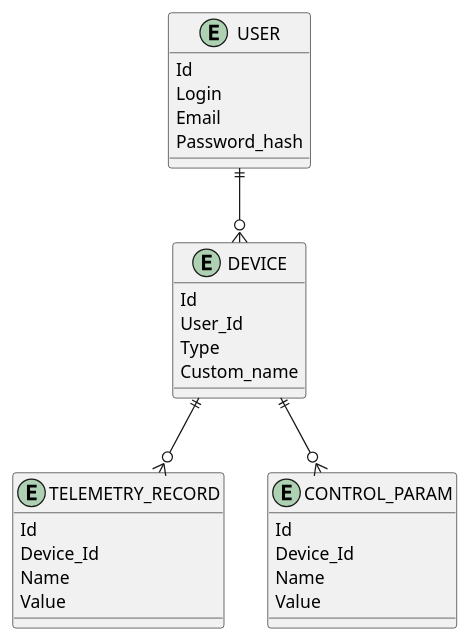
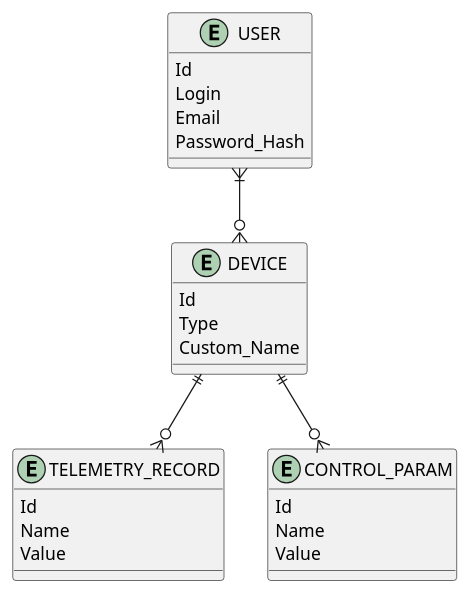
One commit to AlexanderNikitin/architecture-sprint-3 changed the diagram in new-er.puml. Above: the diagram before and after it, drawn with PlantUML. The commit also changed 4 other files, not shown here.

Commit message:
1. Добавлено описание домена существующей системы 2. В диаграмме кода добавлено связей 3. Исправлена ER-диаграмма: убраны технические поля сущностей, так как они дублировали информацию линий связи, изменен тип связи Пользователь-Устройство

```diff
--- a/new-er.puml
+++ b/new-er.puml
@@ -1,35 +1,32 @@
 @startuml
 
 entity USER {
     Id
     Login
     Email
-    Password_hash
+    Password_Hash
 }
 
 entity DEVICE {
     Id
-    User_Id
     Type
-    Custom_name
+    Custom_Name
 }
 
 entity TELEMETRY_RECORD {
     Id
-    Device_Id
     Name
     Value
 }
 
 entity CONTROL_PARAM {
     Id
-    Device_Id
     Name
     Value
 }
 
-USER ||--o{ DEVICE
+USER }|--o{ DEVICE
 DEVICE ||--o{ TELEMETRY_RECORD
 DEVICE ||--o{ CONTROL_PARAM
 
 @enduml
```
